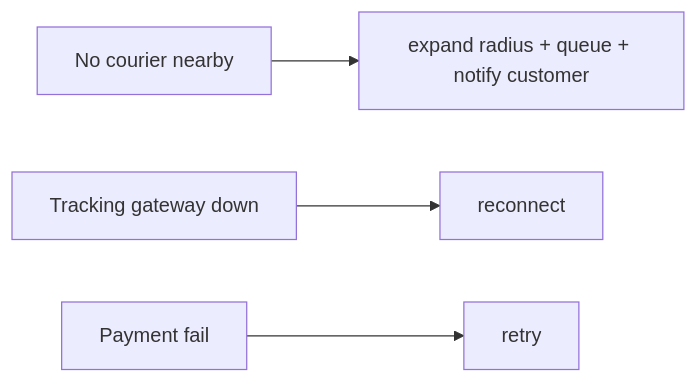
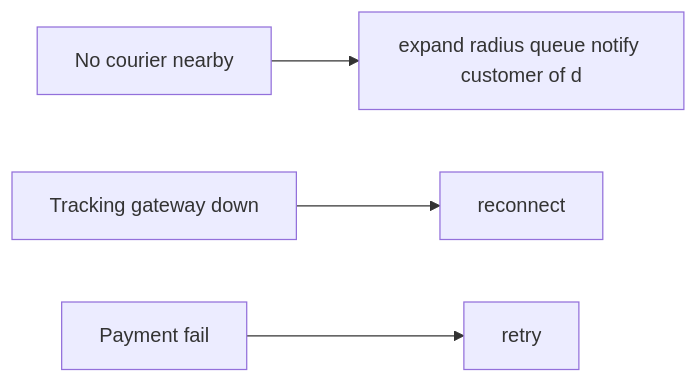
One commit to RIT-MESH/system-design-mastery changed the third of 3 diagrams in case-studies/advanced/food-delivery.md. Above: the diagram before and after it, drawn with Mermaid. The commit also changed other lines of this file and 215 other files, not shown here.

First line of the commit message:
Complete all remaining work: expand case studies, add 13 AI case studies, fix diagrams, status to Complete

````diff
--- a/case-studies/advanced/food-delivery.md
+++ b/case-studies/advanced/food-delivery.md
@@ -134,13 +166,13 @@
 ```mermaid
 %% created-for: system-design-mastery
 flowchart LR
   C1["No courier nearby"]
-  R2["expand radius + queue + notify customer"]
+  R2["expand radius queue notify customer of d"]
   C1 --> R2
   C3["Tracking gateway down"]
   R4["reconnect"]
   C3 --> R4
   C5["Payment fail"]
   R6["retry"]
   C5 --> R6
 ```
````
